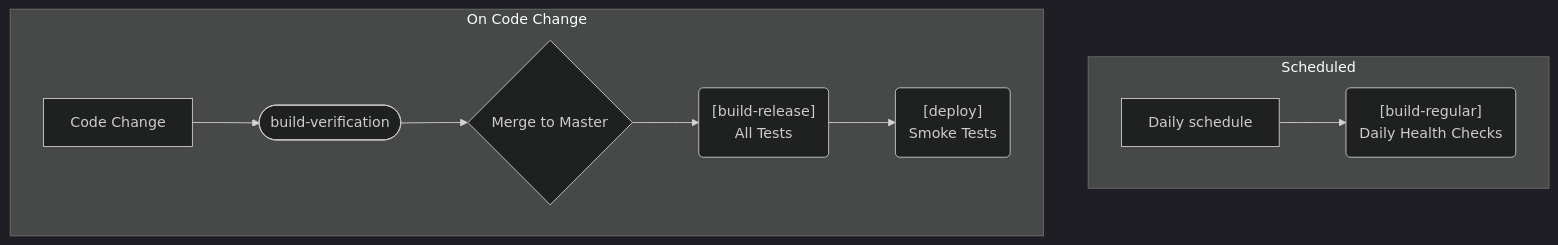
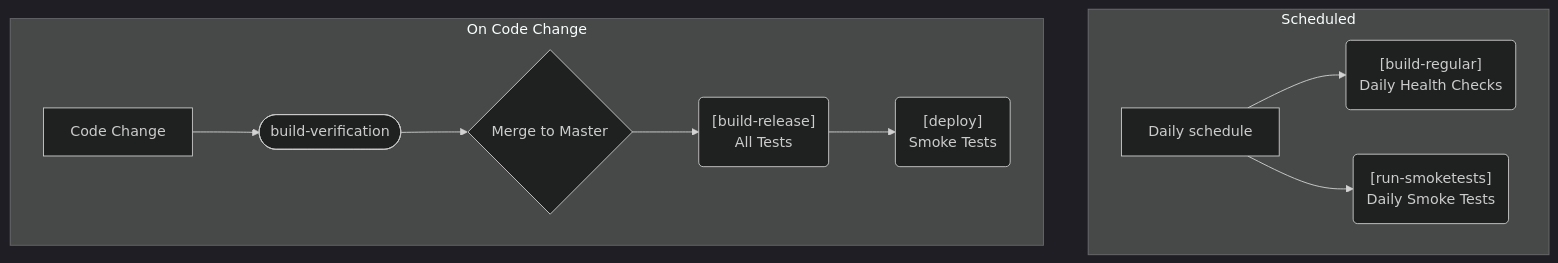
One commit to MrD4rkne/owe-me-api changed the second of 2 diagrams in docs/ci-cd.MD. Above: the diagram before and after it, drawn with Mermaid (dark theme).

Commit message:
docs: update CI/CD documentation to include daily smoke tests in the schedule flowchart

````diff
--- a/docs/ci-cd.MD
+++ b/docs/ci-cd.MD
@@ -100,15 +100,17 @@
 ```mermaid
 flowchart TD
     subgraph "Scheduled"
         direction LR
-        Schedule["Daily schedule"] --> F("[build-regular]<br/>Daily Health Checks")
+        Schedule["Daily schedule"]
+        Schedule --> F("[build-regular]<br/>Daily Health Checks")
+        Schedule --> G("[run-smoketests]<br/>Daily Smoke Tests")
     end
 
     subgraph "On Code Change"
         direction LR
         A[Code Change] --> B([build-verification])
         B --> C{Merge to Master}
         C --> D("[build-release]<br/>All Tests")
         D --> E("[deploy]<br/>Smoke Tests")
     end
 ```
````
